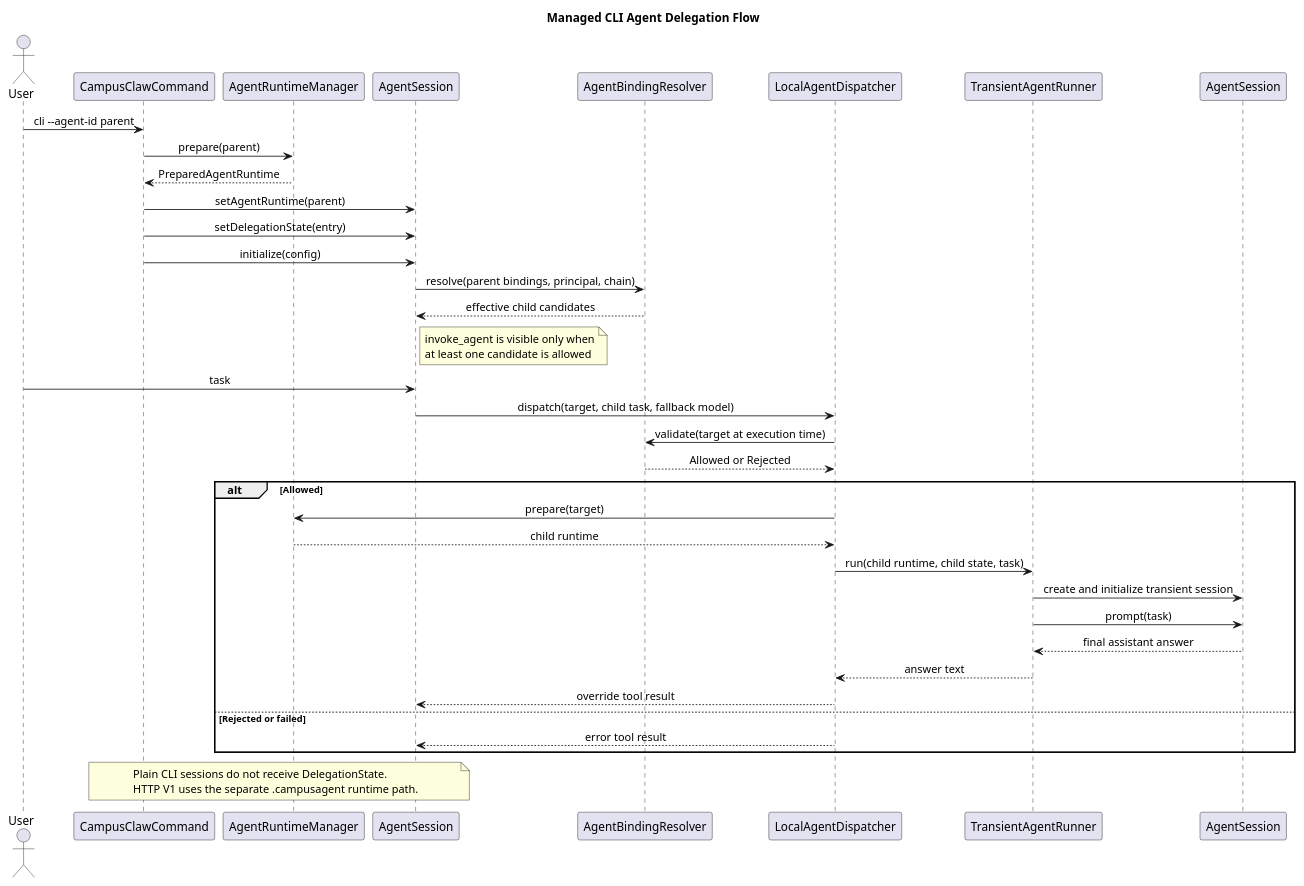
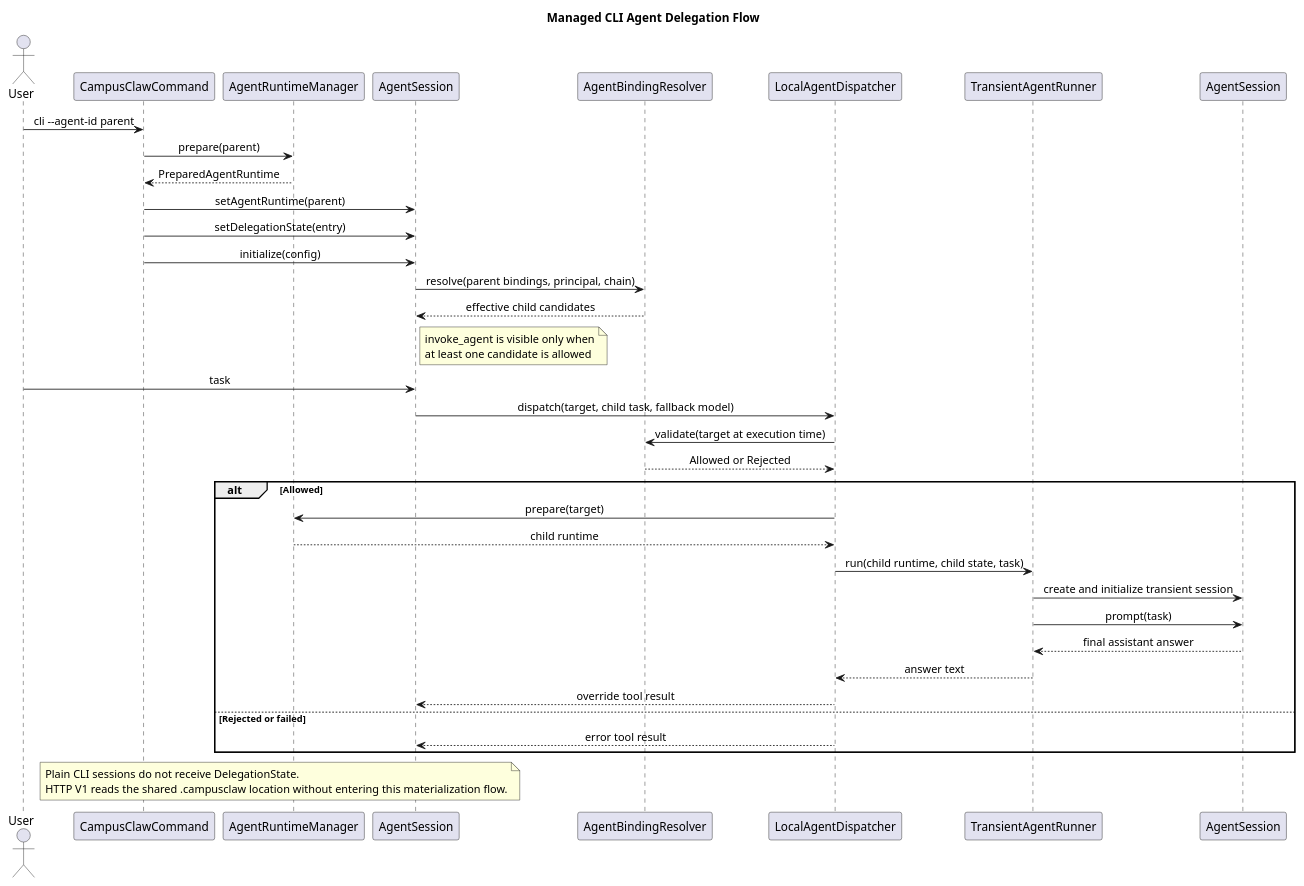
One commit to 2862282695gjh-afk/pi-mono-java changed the diagram in docs/designs/agent-delegation/diagram.puml. Above: the diagram before and after it, drawn with PlantUML. The commit also changed 24 other files, not shown here.

Commit message:
fix(runtime-api): use campusclaw agent directory

```diff
--- a/docs/designs/agent-delegation/diagram.puml
+++ b/docs/designs/agent-delegation/diagram.puml
@@ -1,59 +1,59 @@
 @startuml agent_delegation_cli_flow
 ' Source evidence: modules/coding-agent-cli/src/main/java/com/campusclaw/codingagent/cli/CampusClawCommand.java, createAgentSession and configureDelegation.
 ' Source evidence: modules/coding-agent-cli/src/main/java/com/campusclaw/codingagent/session/AgentSession.java, configureRuntimeTools and handleDelegationToolCall.
 ' Source evidence: modules/coding-agent-cli/src/main/java/com/campusclaw/codingagent/runtime/LocalAgentDispatcher.java, dispatch.
 ' Source evidence: modules/coding-agent-cli/src/main/java/com/campusclaw/codingagent/runtime/TransientAgentRunner.java, run.
 ' Observed behavior: origin/main wired delegation through legacy ServerMode and SessionPool.
 ' Architecture change: the merged design wires delegation only for explicit managed CLI sessions; HTTP V1 remains independent.
 title Managed CLI Agent Delegation Flow
 
 skinparam backgroundColor white
 skinparam sequenceMessageAlign center
 skinparam responseMessageBelowArrow true
 
 actor User
 participant CampusClawCommand as CLI
 participant AgentRuntimeManager as RuntimeManager
 participant AgentSession as ParentSession
 participant AgentBindingResolver as Resolver
 participant LocalAgentDispatcher as Dispatcher
 participant TransientAgentRunner as Runner
 participant AgentSession as ChildSession
 
 User -> CLI: cli --agent-id parent
 CLI -> RuntimeManager: prepare(parent)
 RuntimeManager --> CLI: PreparedAgentRuntime
 CLI -> ParentSession: setAgentRuntime(parent)
 CLI -> ParentSession: setDelegationState(entry)
 CLI -> ParentSession: initialize(config)
 
 ParentSession -> Resolver: resolve(parent bindings, principal, chain)
 Resolver --> ParentSession: effective child candidates
 note right of ParentSession
 invoke_agent is visible only when
 at least one candidate is allowed
 end note
 
 User -> ParentSession: task
 ParentSession -> Dispatcher: dispatch(target, child task, fallback model)
 Dispatcher -> Resolver: validate(target at execution time)
 Resolver --> Dispatcher: Allowed or Rejected
 
 alt Allowed
   Dispatcher -> RuntimeManager: prepare(target)
   RuntimeManager --> Dispatcher: child runtime
   Dispatcher -> Runner: run(child runtime, child state, task)
   Runner -> ChildSession: create and initialize transient session
   Runner -> ChildSession: prompt(task)
   ChildSession --> Runner: final assistant answer
   Runner --> Dispatcher: answer text
   Dispatcher --> ParentSession: override tool result
 else Rejected or failed
   Dispatcher --> ParentSession: error tool result
 end
 
 note over CLI,ParentSession
 Plain CLI sessions do not receive DelegationState.
-HTTP V1 uses the separate .campusagent runtime path.
+HTTP V1 reads the shared .campusclaw location without entering this materialization flow.
 end note
 @enduml
```
